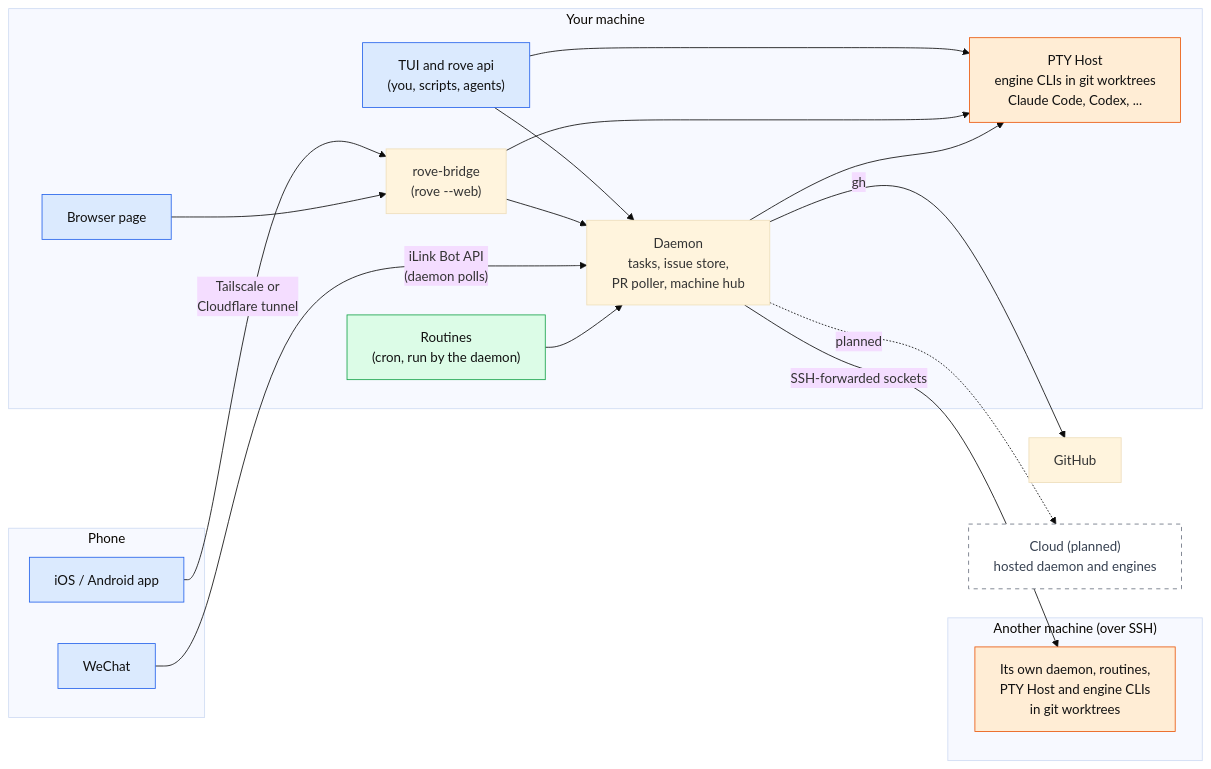
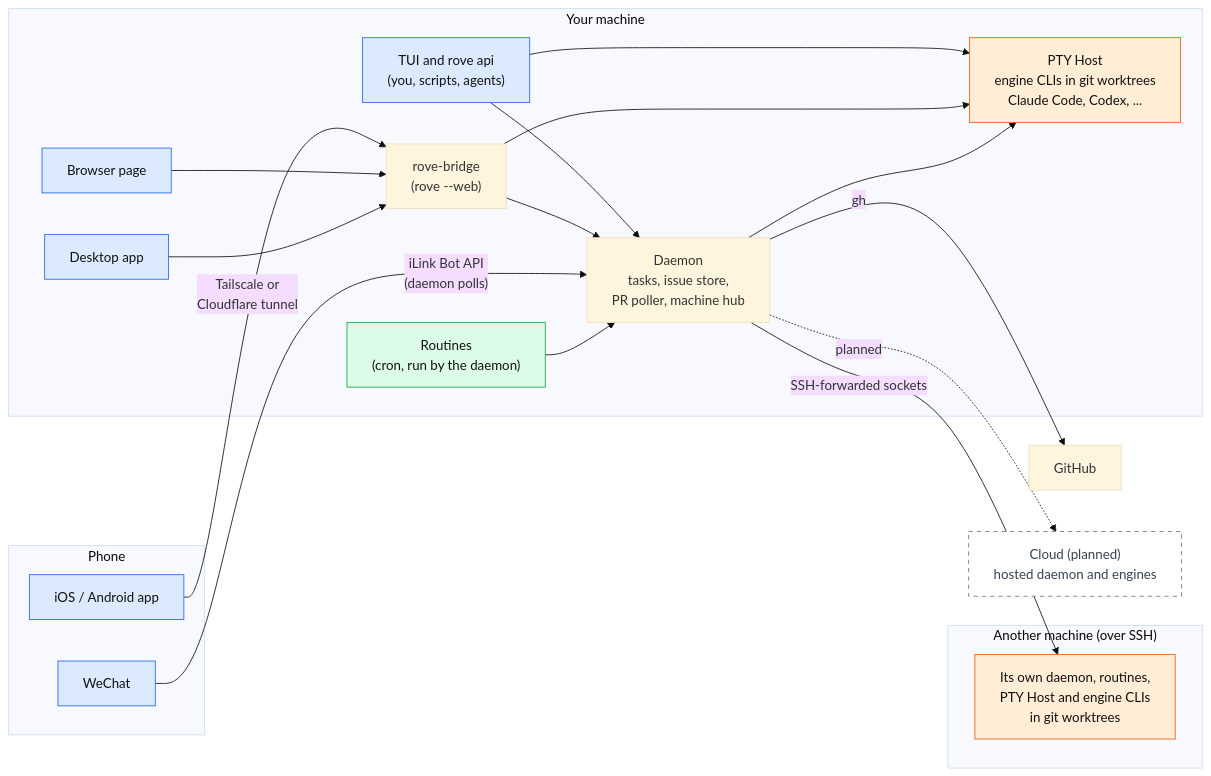
One commit to Sma1lboy/rove changed the diagram in README.md. Above: the diagram before and after it, drawn with Mermaid (base theme). The commit also changed other lines of this file and 1 other file, not shown here.

````diff
--- a/README.md
+++ b/README.md
@@ -34,45 +137,47 @@
 ```mermaid
 flowchart LR
   subgraph phone["Phone"]
     app["iOS / Android app"]
     wxapp["WeChat"]
   end
 
   subgraph laptop["Your machine"]
     tui["TUI and rove api<br/>(you, scripts, agents)"]
     browser["Browser page"]
+    desktop["Desktop app"]
     bridge["rove-bridge<br/>(rove --web)"]
     core["Daemon<br/>tasks, issue store,<br/>PR poller, machine hub"]
     routines["Routines<br/>(cron, run by the daemon)"]
     pty["PTY Host<br/>engine CLIs in git worktrees<br/>Claude Code, Codex, ..."]
   end
 
   subgraph other["Another machine (over SSH)"]
     rhost["Its own daemon, routines,<br/>PTY Host and engine CLIs<br/>in git worktrees"]
   end
 
   github["GitHub"]
   cloud["Cloud (planned)<br/>hosted daemon and engines"]
 
   app -->|"Tailscale or<br/>Cloudflare tunnel"| bridge
   browser --> bridge
+  desktop --> bridge
   tui --> core
   tui --> pty
   bridge --> core
   bridge --> pty
   wxapp -->|"iLink Bot API<br/>(daemon polls)"| core
   routines --> core
   core --> pty
   core -->|"gh"| github
   core -->|"SSH-forwarded sockets"| rhost
   core -.->|"planned"| cloud
 
   classDef client fill:#dbeafe,stroke:#2563eb,color:#111
   classDef engine fill:#ffedd5,stroke:#ea580c,color:#111
   classDef routine fill:#dcfce7,stroke:#16a34a,color:#111
-  class app,wxapp,tui,browser client
+  class app,wxapp,tui,browser,desktop client
   class pty,rhost engine
   class routines routine
   classDef planned fill:#fff,stroke:#6b7280,stroke-dasharray:5 5,color:#374151
   class cloud planned
 ```
````
